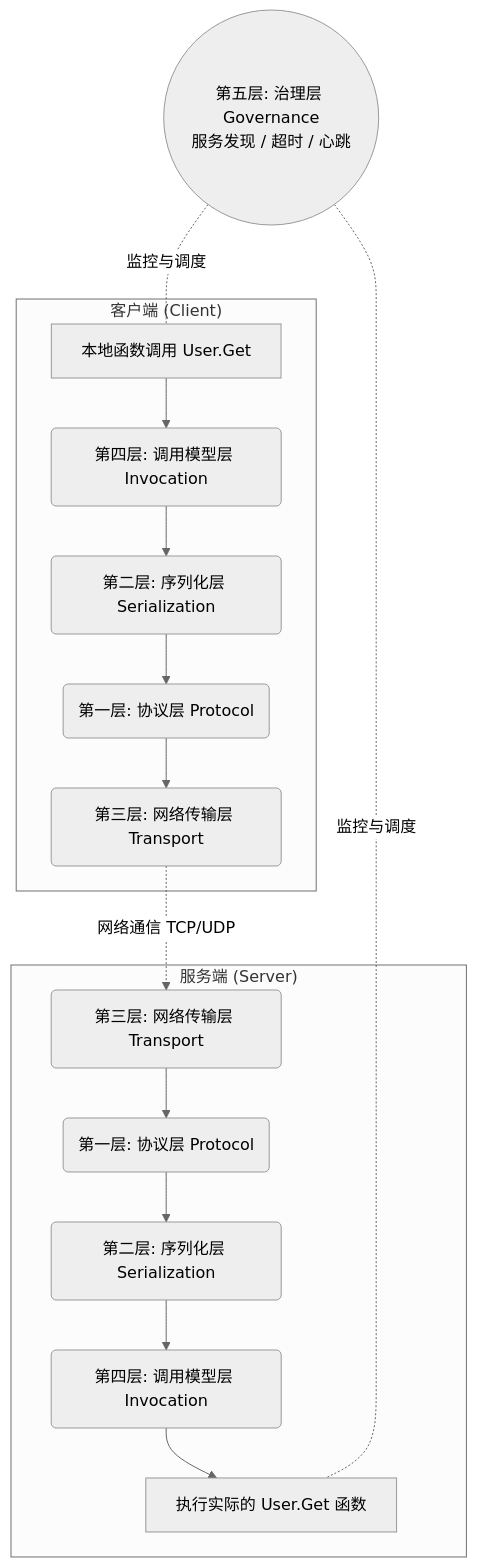
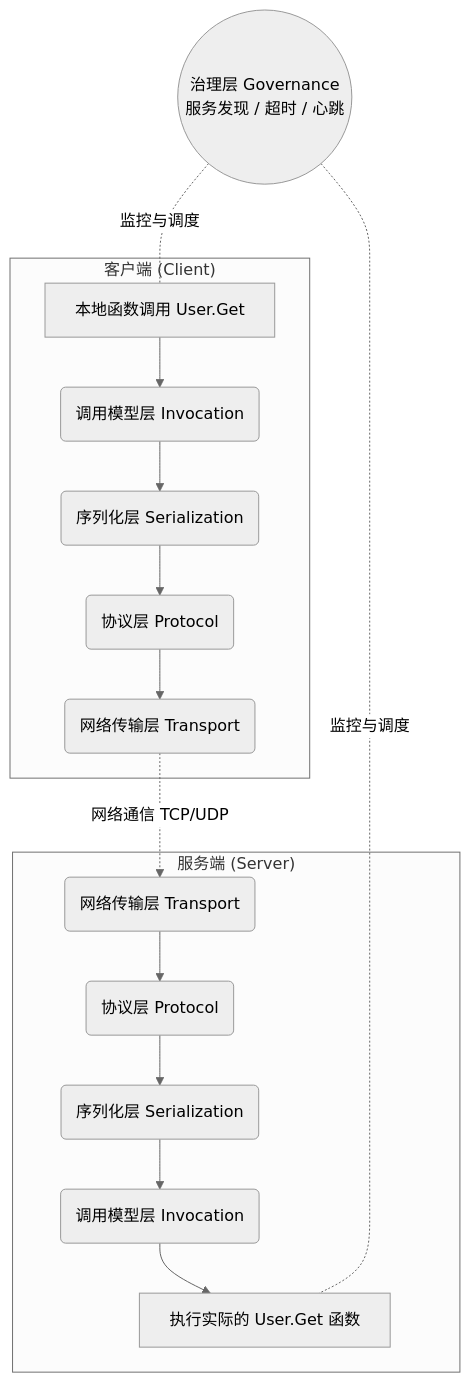
One commit to WeissGoat/WBlog changed the diagram in content/post/rpc/index.md. Above: the diagram before and after it, drawn with Mermaid (neutral theme).

Commit message:
update post

````diff
--- a/content/post/rpc/index.md
+++ b/content/post/rpc/index.md
@@ -24,23 +24,23 @@
 ```mermaid
 graph TD
     subgraph Client ["客户端 (Client)"]
-        A["本地函数调用 User.Get"] --> B("第四层: 调用模型层 Invocation")
-        B --> C("第二层: 序列化层 Serialization")
-        C --> D("第一层: 协议层 Protocol")
-        D --> E("第三层: 网络传输层 Transport")
+        A["本地函数调用 User.Get"] --> B("调用模型层 Invocation")
+        B --> C("序列化层 Serialization")
+        C --> D("协议层 Protocol")
+        D --> E("网络传输层 Transport")
     end
 
     subgraph Server ["服务端 (Server)"]
-        F("第三层: 网络传输层 Transport") --> G("第一层: 协议层 Protocol")
-        G --> H("第二层: 序列化层 Serialization")
-        H --> I("第四层: 调用模型层 Invocation")
+        F("网络传输层 Transport") --> G("协议层 Protocol")
+        G --> H("序列化层 Serialization")
+        H --> I("调用模型层 Invocation")
         I --> J["执行实际的 User.Get 函数"]
     end
     
     %% 跨子图的连线建议写在子图外面，语法更标准
     E -.->|"网络通信 TCP/UDP"| F
     
     %% 第五层治理贯穿始终
-    K(("第五层: 治理层 Governance<br>服务发现 / 超时 / 心跳")) -.-|"监控与调度"| A
+    K(("治理层 Governance<br>服务发现 / 超时 / 心跳")) -.-|"监控与调度"| A
     K -.-|"监控与调度"| J
 ```
````
